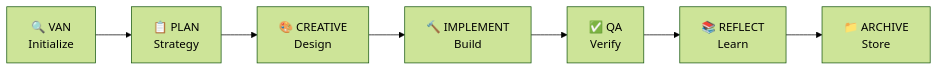
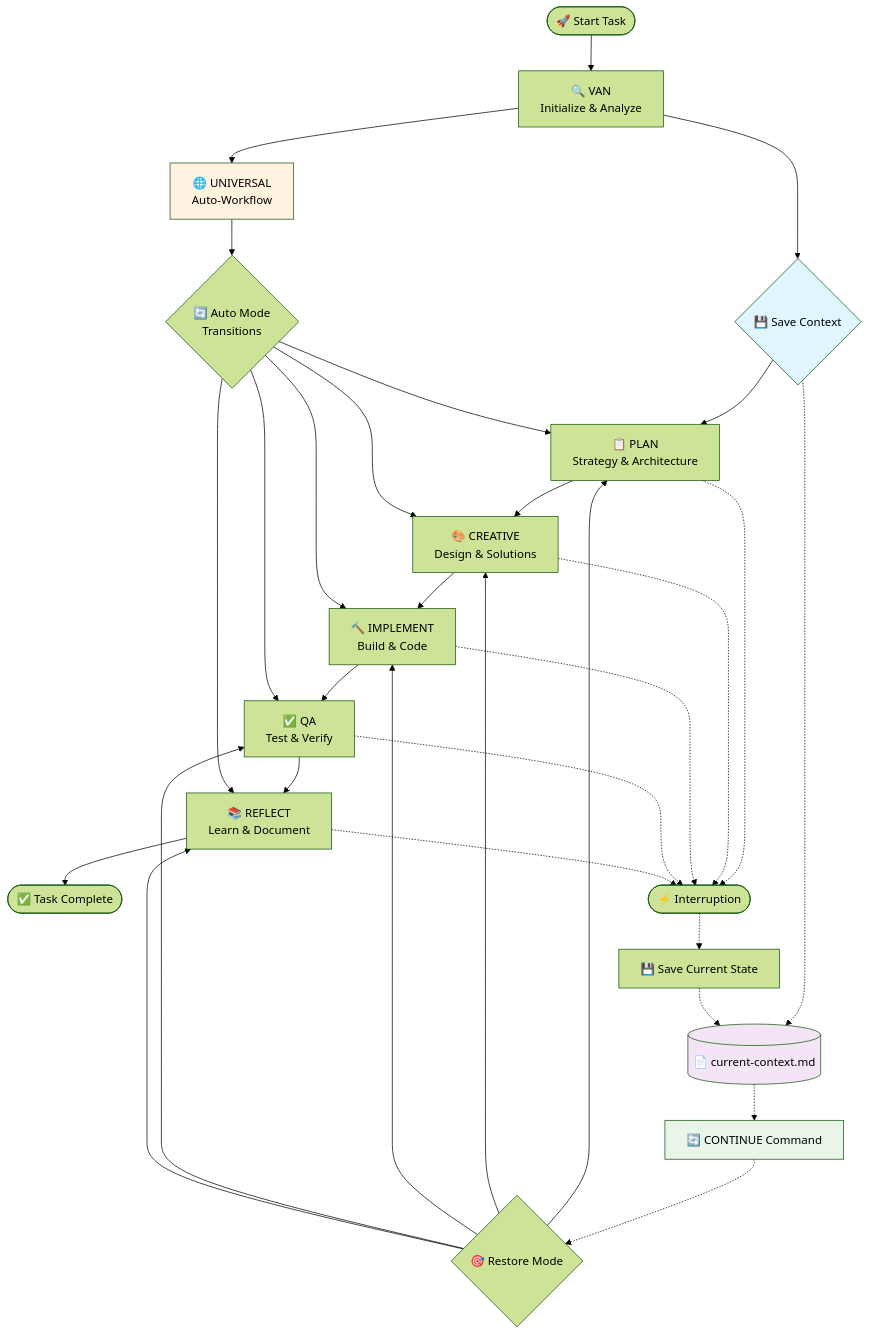
The diagram in README.md (vanzan01/cursor-memory-bank), drawn with Mermaid (forest theme) before and after one commit. The commit also changed other lines of this file and 26 other files, not shown here.

````diff
--- a/README.md
+++ b/README.md
@@ -117,9 +123,44 @@
 ```mermaid
-graph LR
-    VAN[🔍 VAN<br>Initialize] --> PLAN[📋 PLAN<br>Strategy]
-    PLAN --> CREATIVE[🎨 CREATIVE<br>Design]
-    CREATIVE --> IMPLEMENT[🔨 IMPLEMENT<br>Build]
-    IMPLEMENT --> QA[✅ QA<br>Verify]
-    QA --> REFLECT[📚 REFLECT<br>Learn]
-    REFLECT --> ARCHIVE[📁 ARCHIVE<br>Store]
+graph TD
+    Start([🚀 Start Task]) --> VAN[🔍 VAN<br>Initialize & Analyze]
+    VAN --> SaveContext{💾 Save Context}
+    SaveContext --> PLAN[📋 PLAN<br>Strategy & Architecture]
+    PLAN --> CREATIVE[🎨 CREATIVE<br>Design & Solutions]
+    CREATIVE --> IMPLEMENT[🔨 IMPLEMENT<br>Build & Code]
+    IMPLEMENT --> QA[✅ QA<br>Test & Verify]
+    QA --> REFLECT[📚 REFLECT<br>Learn & Document]
+    REFLECT --> Complete([✅ Task Complete])
+
+    %% Context Management
+    SaveContext -.-> ContextFile[(📄 current-context.md)]
+    ContextFile -.-> Continue[🔄 CONTINUE Command]
+    Continue -.-> RestoreMode{🎯 Restore Mode}
+    RestoreMode --> PLAN
+    RestoreMode --> CREATIVE
+    RestoreMode --> IMPLEMENT
+    RestoreMode --> QA
+    RestoreMode --> REFLECT
+
+    %% Universal Mode
+    VAN --> UNIVERSAL[🌐 UNIVERSAL<br>Auto-Workflow]
+    UNIVERSAL --> AutoTransition{🔄 Auto Mode<br>Transitions}
+    AutoTransition --> PLAN
+    AutoTransition --> CREATIVE
+    AutoTransition --> IMPLEMENT
+    AutoTransition --> QA
+    AutoTransition --> REFLECT
+
+    %% Interruption Handling
+    PLAN -.-> Interrupt([⚡ Interruption])
+    CREATIVE -.-> Interrupt
+    IMPLEMENT -.-> Interrupt
+    QA -.-> Interrupt
+    REFLECT -.-> Interrupt
+    Interrupt -.-> SaveState[💾 Save Current State]
+    SaveState -.-> ContextFile
+
+    style SaveContext fill:#e1f5fe
+    style ContextFile fill:#f3e5f5
+    style Continue fill:#e8f5e8
+    style UNIVERSAL fill:#fff3e0
 ```
````
